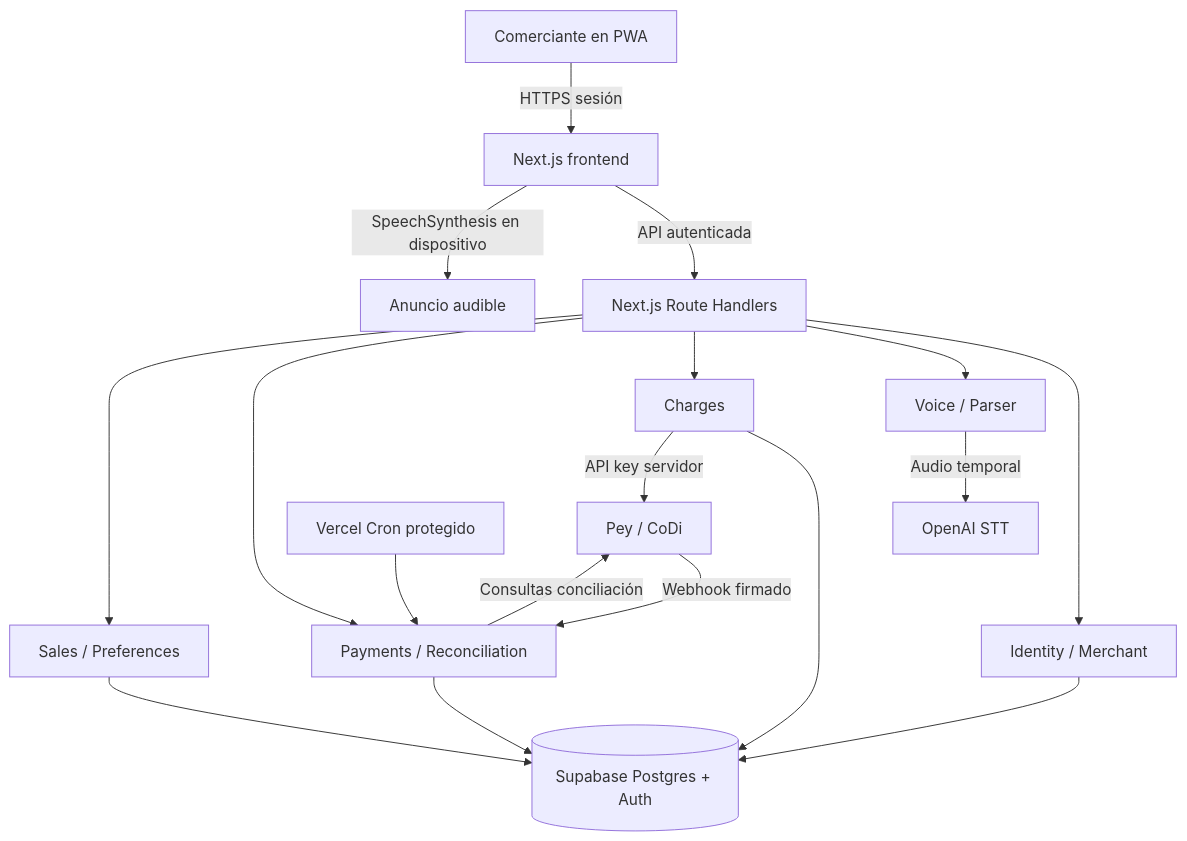
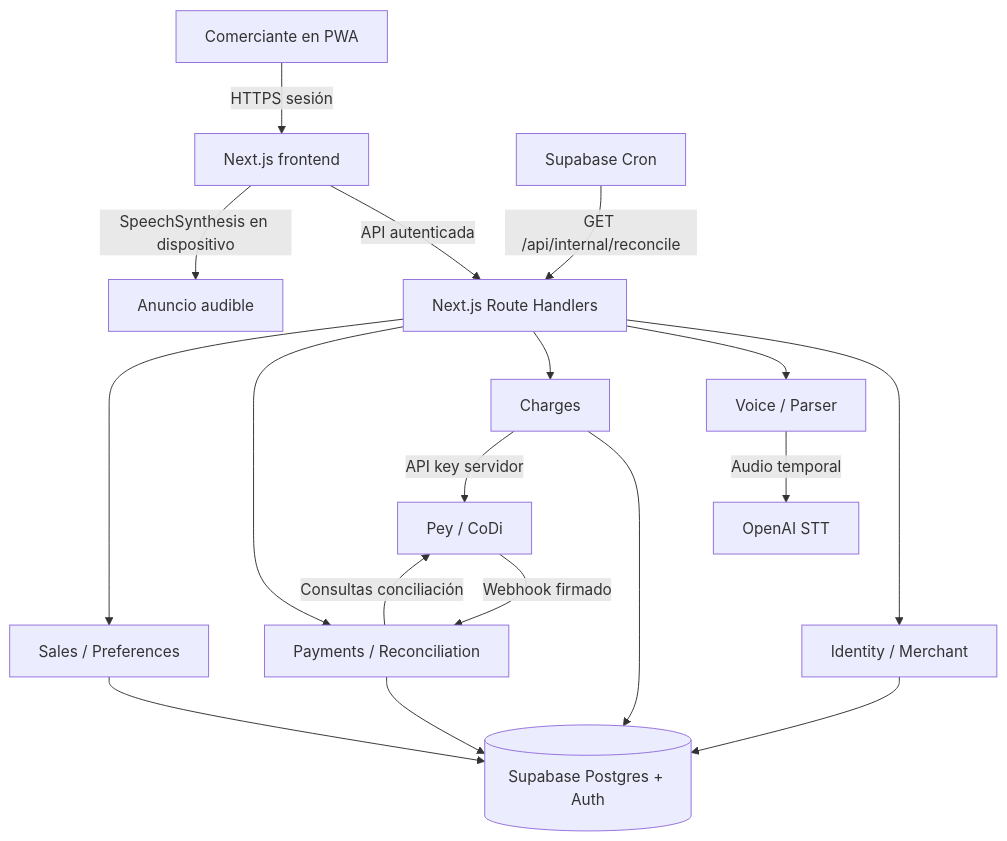
The first of 2 diagrams in docs/CobraVoz_Architecture_Specification_v1.0.md (alsvader/cobra-voz), drawn with Mermaid before and after one commit. The commit also changed other lines of this file and 6 other files, not shown here.

First line of the commit message:
fix(infra): mover el cron de conciliación a Supabase

````diff
--- a/docs/CobraVoz_Architecture_Specification_v1.0.md
+++ b/docs/CobraVoz_Architecture_Specification_v1.0.md
@@ -34,20 +34,20 @@
 ```mermaid
 flowchart TB
     User[Comerciante en PWA] -->|HTTPS sesión| App[Next.js frontend]
     App -->|API autenticada| API[Next.js Route Handlers]
     API --> Identity[Identity / Merchant]
     API --> Voice[Voice / Parser]
     API --> Charges[Charges]
     API --> Payments[Payments / Reconciliation]
     API --> Sales[Sales / Preferences]
     Identity --> DB[(Supabase Postgres + Auth)]
     Charges --> DB
     Payments --> DB
     Sales --> DB
     Voice -->|Audio temporal| STT[OpenAI STT]
     Charges -->|API key servidor| Pey[Pey / CoDi]
     Pey -->|Webhook firmado| Payments
     Payments -->|Consultas conciliación| Pey
-    Cron[Vercel Cron protegido] --> Payments
+    Cron[Supabase Cron] -->|GET /api/internal/reconcile| API
     App -->|SpeechSynthesis en dispositivo| Audio[Anuncio audible]
 ```
````
